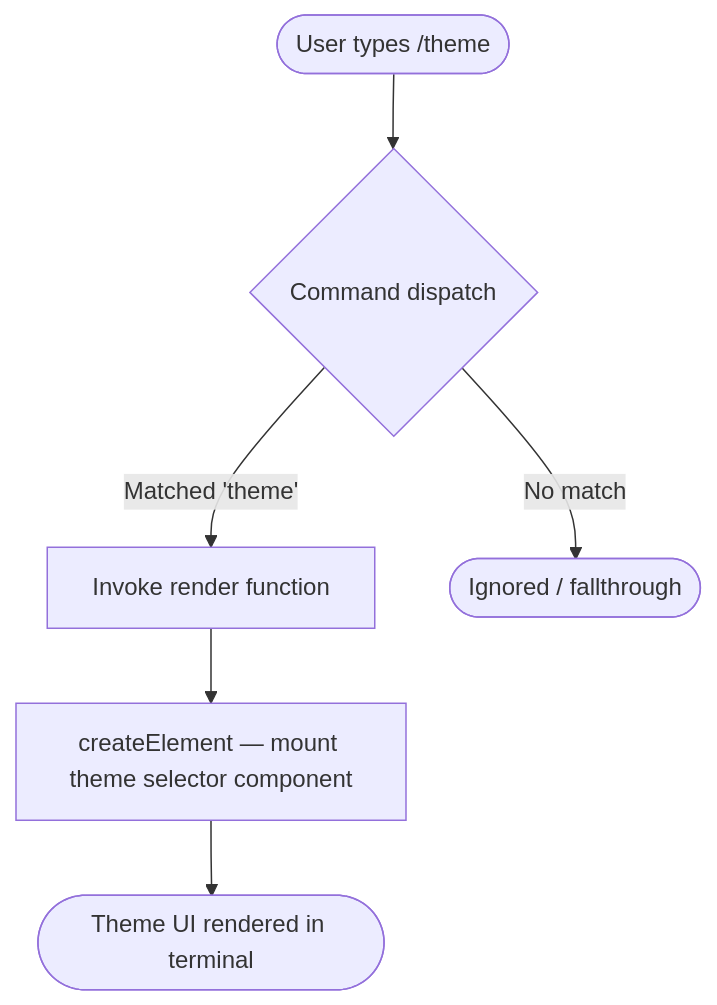
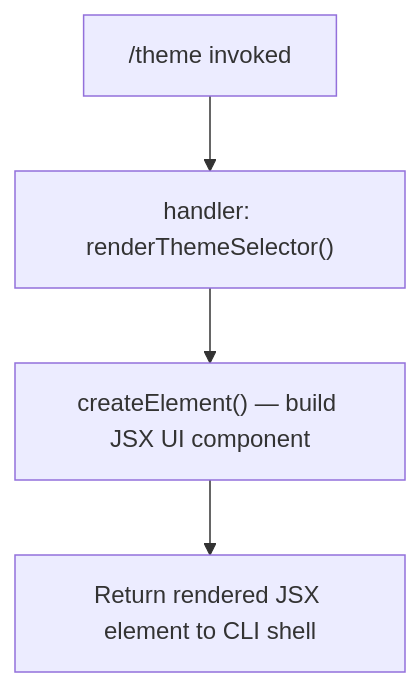
The diagram in versions/v2.1.143/theme.md (MyLittleLuckyDog/cc-gnothi), drawn with Mermaid before and after one commit. The commit also changed other lines of this file and 483 other files, not shown here.

````diff
--- a/versions/v2.1.143/theme.md
+++ b/versions/v2.1.143/theme.md
@@ -46,8 +57,6 @@
 ```mermaid
 flowchart TD
-    A([User types /theme]) --> B{Command dispatch}
-    B -->|Matched 'theme'| C[Invoke render function]
-    C --> D[createElement — mount theme selector component]
-    D --> E([Theme UI rendered in terminal])
-    B -->|No match| F([Ignored / fallthrough])
+    A["/theme invoked"] --> B["handler: renderThemeSelector()"]
+    B --> C["createElement() — build JSX UI component"]
+    C --> D["Return rendered JSX element to CLI shell"]
 ```
````
